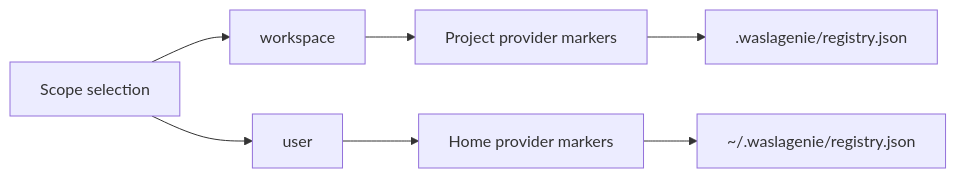
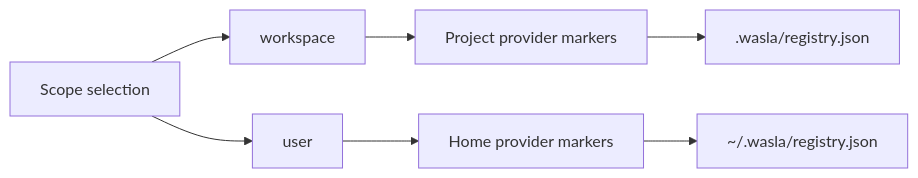
Before and after one commit to The-Untitled-Org/wasla: the second of 2 diagrams in docs/docs/architecture/scopes-and-registry.md, drawn with Mermaid. The commit also changed other lines of this file and 76 other files, not shown here.

````diff
--- a/docs/docs/architecture/scopes-and-registry.md
+++ b/docs/docs/architecture/scopes-and-registry.md
@@ -48,13 +48,13 @@
 ```mermaid
 flowchart LR
     Scope["Scope selection"]
     Workspace["workspace"]
     User["user"]
     ProjectMarkers["Project provider markers"]
     HomeMarkers["Home provider markers"]
-    ProjectRegistry[".waslagenie/registry.json"]
-    UserRegistry["~/.waslagenie/registry.json"]
+    ProjectRegistry[".wasla/registry.json"]
+    UserRegistry["~/.wasla/registry.json"]
 
     Scope --> Workspace --> ProjectMarkers --> ProjectRegistry
     Scope --> User --> HomeMarkers --> UserRegistry
 ```
````
